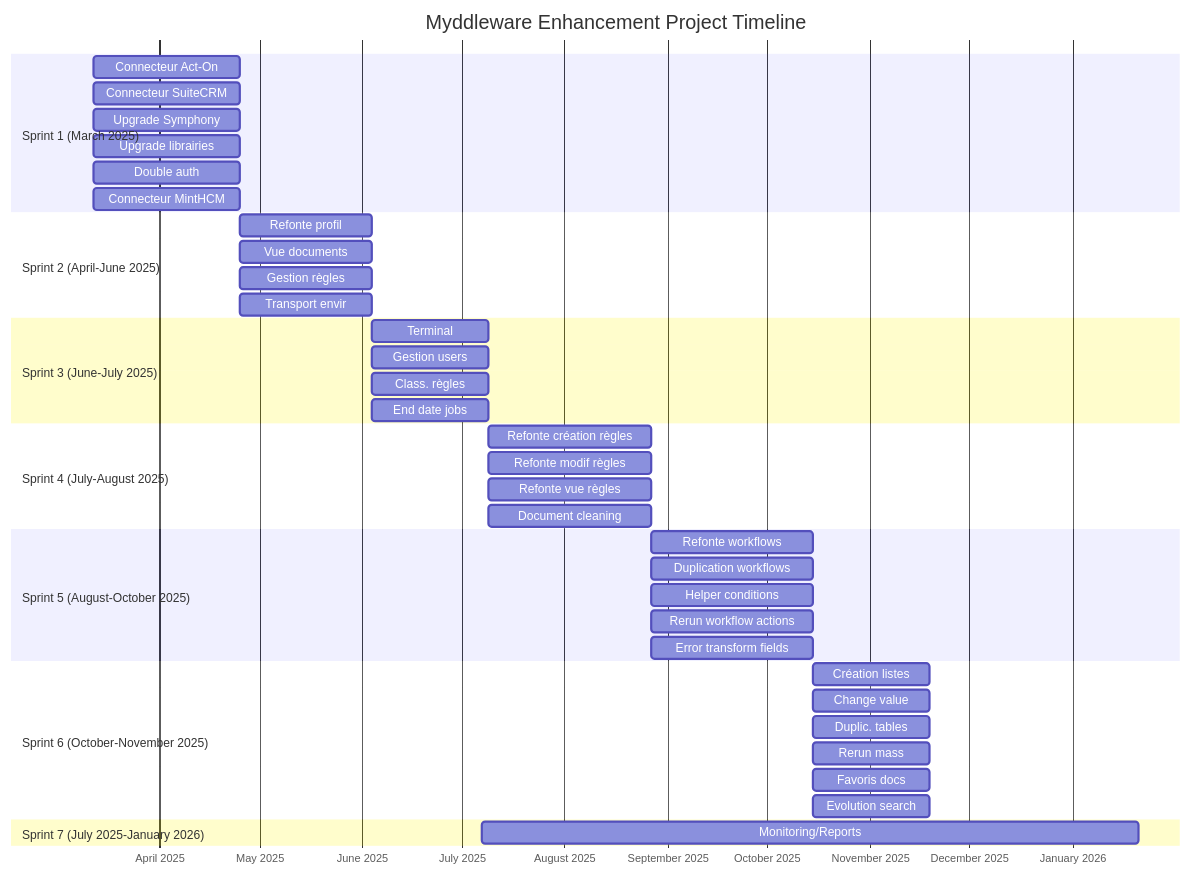
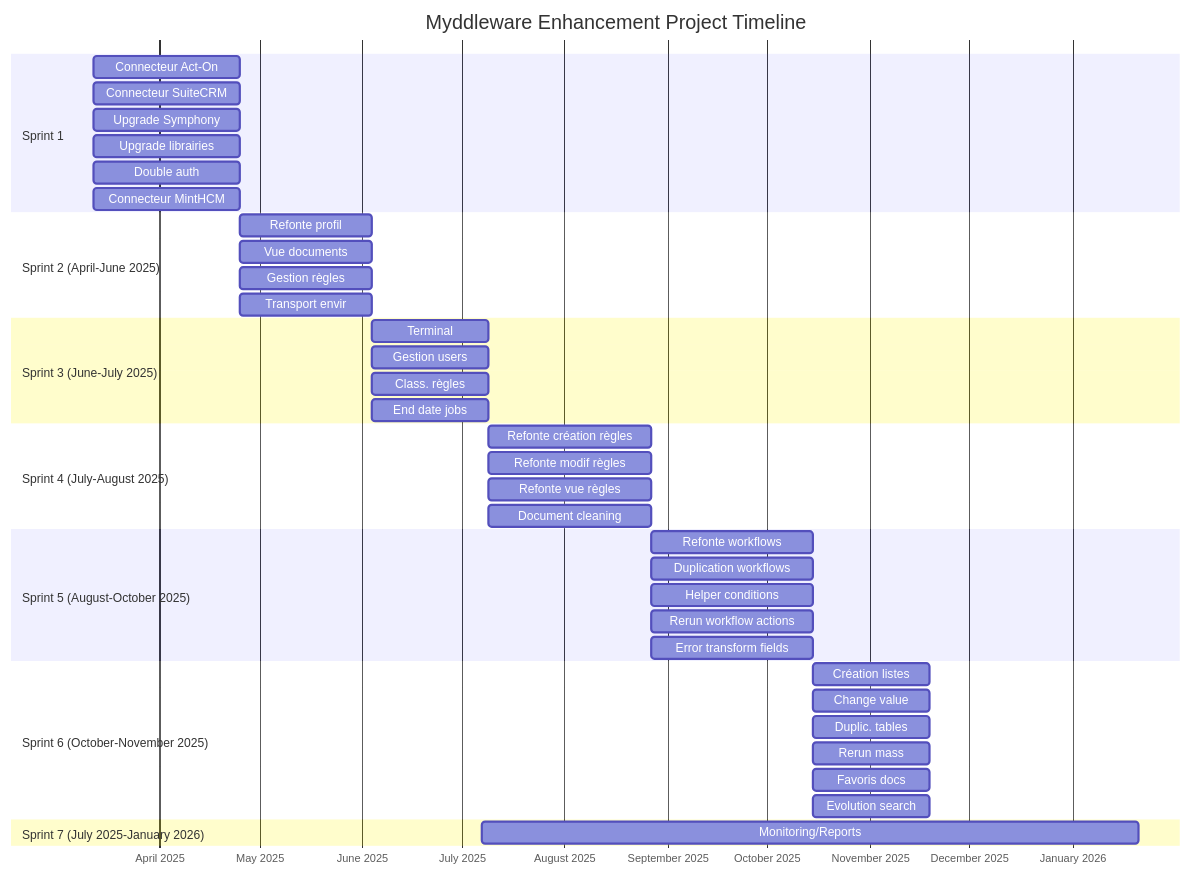
The diagram in roadmap/roadmap.md (Myddleware/myddleware-docs), drawn with Mermaid before and after one commit.

````diff
--- a/roadmap/roadmap.md
+++ b/roadmap/roadmap.md
@@ -3,50 +3,50 @@
 ```mermaid
 gantt
     title Myddleware Enhancement Project Timeline
     dateFormat YYYY-MM-DD
     axisFormat %B %Y
 
-    section Sprint 1 (March 2025)
+    section Sprint 1
     Connecteur Act-On       :2025-03-12, 2025-04-25
     Connecteur SuiteCRM    :2025-03-12, 2025-04-25
     Upgrade Symphony       :2025-03-12, 2025-04-25
     Upgrade librairies    :2025-03-12, 2025-04-25
     Double auth           :2025-03-12, 2025-04-25
     Connecteur MintHCM    :2025-03-12, 2025-04-25
 
     section Sprint 2 (April-June 2025)
     Refonte profil        :2025-04-25, 2025-06-04
     Vue documents         :2025-04-25, 2025-06-04
     Gestion règles       :2025-04-25, 2025-06-04
     Transport envir      :2025-04-25, 2025-06-04
 
     section Sprint 3 (June-July 2025)
     Terminal             :2025-06-04, 2025-07-09
     Gestion users        :2025-06-04, 2025-07-09
     Class. règles        :2025-06-04, 2025-07-09
     End date jobs        :2025-06-04, 2025-07-09
 
     section Sprint 4 (July-August 2025)
     Refonte création règles   :2025-07-09, 2025-08-27
     Refonte modif règles     :2025-07-09, 2025-08-27
     Refonte vue règles       :2025-07-09, 2025-08-27
     Document cleaning        :2025-07-09, 2025-08-27
 
     section Sprint 5 (August-October 2025)
     Refonte workflows        :2025-08-27, 2025-10-15
     Duplication workflows    :2025-08-27, 2025-10-15
     Helper conditions        :2025-08-27, 2025-10-15
     Rerun workflow actions   :2025-08-27, 2025-10-15
     Error transform fields   :2025-08-27, 2025-10-15
 
     section Sprint 6 (October-November 2025)
     Création listes        :2025-10-15, 2025-11-19
     Change value          :2025-10-15, 2025-11-19
     Duplic. tables        :2025-10-15, 2025-11-19
     Rerun mass           :2025-10-15, 2025-11-19
     Favoris docs         :2025-10-15, 2025-11-19
     Evolution search     :2025-10-15, 2025-11-19
 
     section Sprint 7 (July 2025-January 2026)
     Monitoring/Reports       :2025-07-07, 2026-01-21
 ```
````
